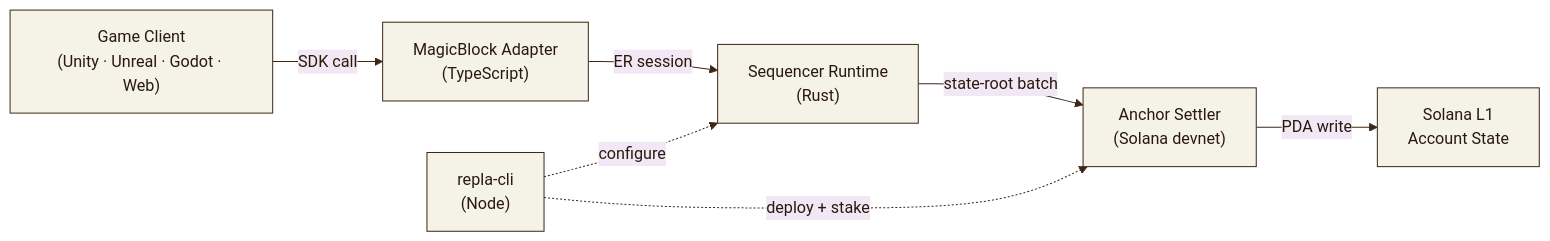
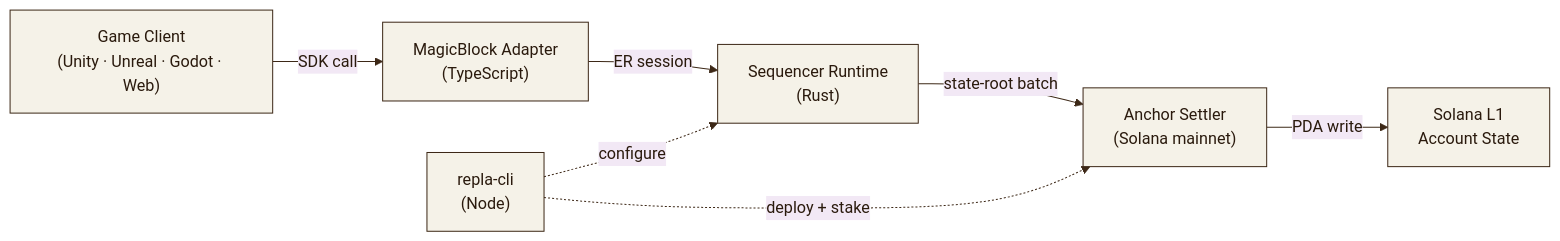
One commit to replalabs/repla-core changed the diagram in README.md. Above: the diagram before and after it, drawn with Mermaid. The commit also changed other lines of this file and 3 other files, not shown here.

Commit message:
go live on solana mainnet

````diff
--- a/README.md
+++ b/README.md
@@ -106,10 +106,10 @@
 ```mermaid
 %%{init: { 'theme': 'base', 'themeVariables': { 'primaryColor': '#F5F2E8', 'primaryTextColor': '#2A1A0D', 'primaryBorderColor': '#3D2817', 'lineColor': '#3D2817', 'tertiaryColor': '#FFD976' }}}%%
 flowchart LR
   GC["Game Client<br/>(Unity · Unreal · Godot · Web)"] -->|SDK call| AD["MagicBlock Adapter<br/>(TypeScript)"]
   AD -->|ER session| RT["Sequencer Runtime<br/>(Rust)"]
-  RT -->|state-root batch| ST["Anchor Settler<br/>(Solana devnet)"]
+  RT -->|state-root batch| ST["Anchor Settler<br/>(Solana mainnet)"]
   ST -->|PDA write| L1["Solana L1<br/>Account State"]
   CLI["repla-cli<br/>(Node)"] -.->|configure| RT
   CLI -.->|deploy + stake| ST
 ```
````
